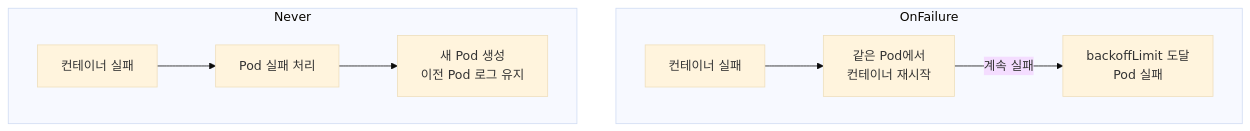
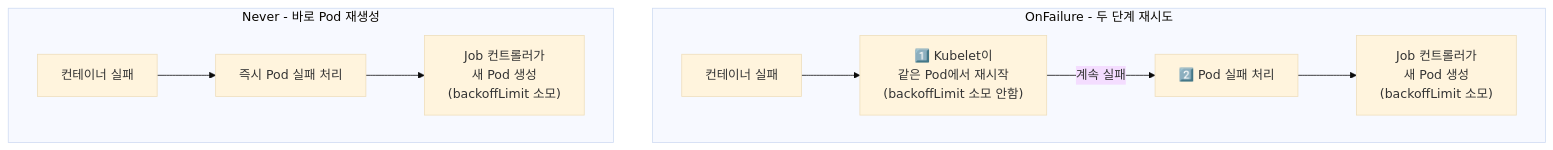
One commit to sskim91/TIL changed the ninth of 21 diagrams in kubernetes/Kubernetes-DaemonSet-Job-CronJob.md. Above: the diagram before and after it, drawn with Mermaid (base theme). The commit also changed other lines of this file, not shown here.

````diff
--- a/kubernetes/Kubernetes-DaemonSet-Job-CronJob.md
+++ b/kubernetes/Kubernetes-DaemonSet-Job-CronJob.md
@@ -456,12 +456,13 @@
 ```mermaid
 flowchart TB
-    subgraph "OnFailure"
-        OF1[컨테이너 실패] --> OF2[같은 Pod에서<br>컨테이너 재시작]
-        OF2 -->|"계속 실패"| OF3[backoffLimit 도달<br>Pod 실패]
+    subgraph "OnFailure - 두 단계 재시도"
+        OF1[컨테이너 실패] --> OF2["1️⃣ Kubelet이<br>같은 Pod에서 재시작<br>(backoffLimit 소모 안함)"]
+        OF2 -->|"계속 실패"| OF3["2️⃣ Pod 실패 처리"]
+        OF3 --> OF4["Job 컨트롤러가<br>새 Pod 생성<br>(backoffLimit 소모)"]
     end
 
-    subgraph "Never"
-        NV1[컨테이너 실패] --> NV2[Pod 실패 처리]
-        NV2 --> NV3[새 Pod 생성<br>이전 Pod 로그 유지]
+    subgraph "Never - 바로 Pod 재생성"
+        NV1[컨테이너 실패] --> NV2["즉시 Pod 실패 처리"]
+        NV2 --> NV3["Job 컨트롤러가<br>새 Pod 생성<br>(backoffLimit 소모)"]
     end
 ```
````
